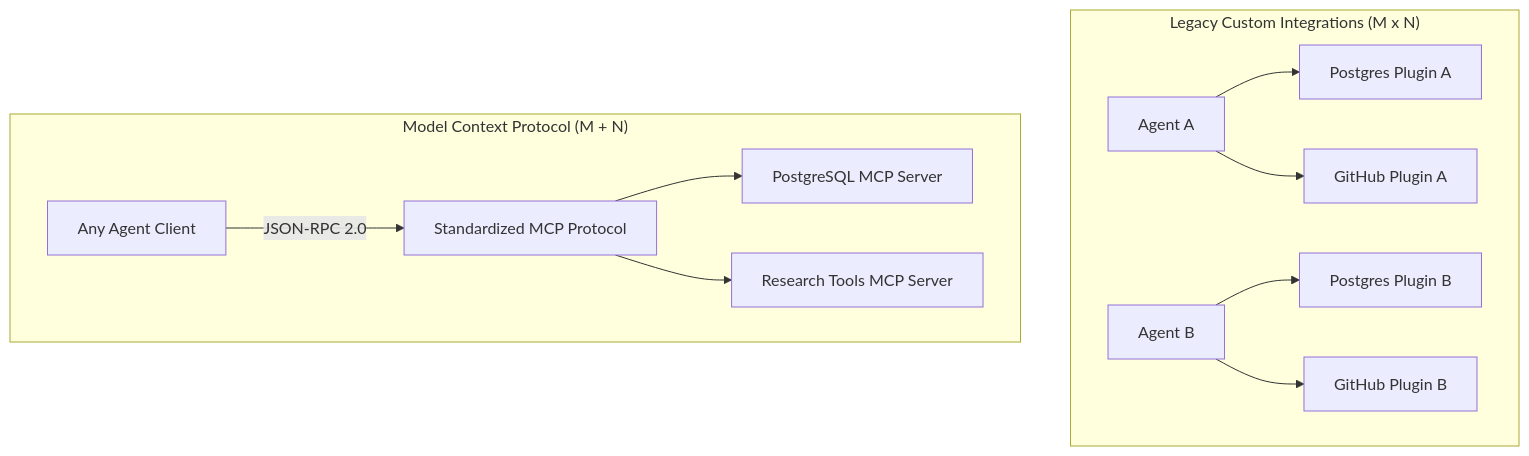
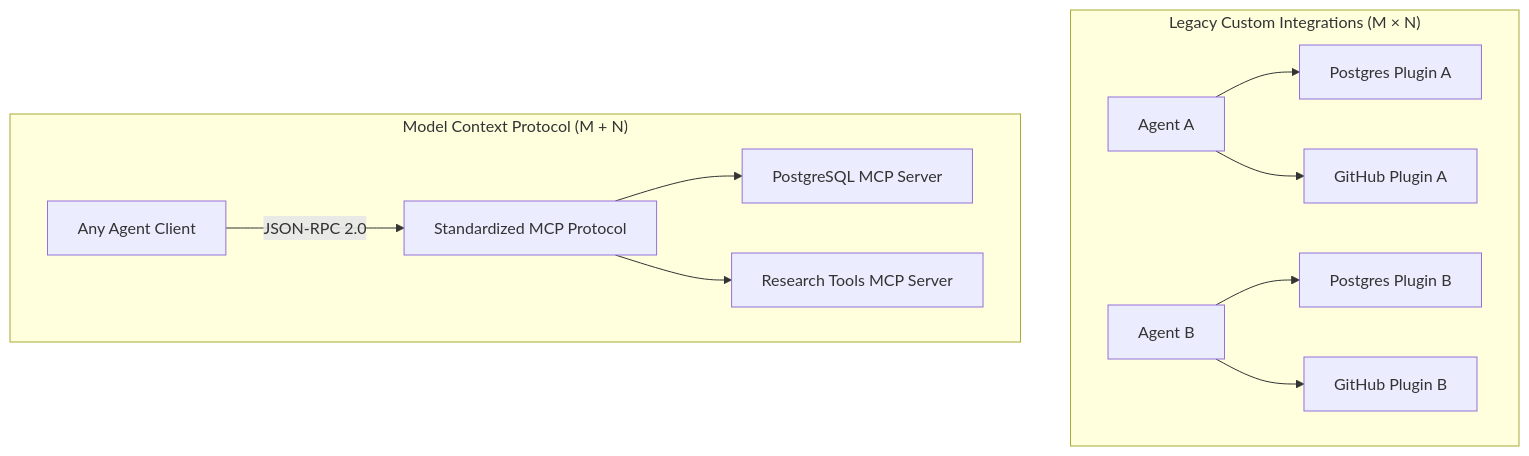
One commit to czotterbenedek/Agentic-AI-hands-on-lab changed the first of 2 diagrams in docs/02-mcp.md. Above: the diagram before and after it, drawn with Mermaid. The commit also changed other lines of this file and 4 other files, not shown here.

````diff
--- a/docs/02-mcp.md
+++ b/docs/02-mcp.md
@@ -12,15 +12,15 @@
 ```mermaid
 graph TD
-    subgraph Fragmented["Legacy Custom Integrations (M x N)"]
+    subgraph Fragmented["Legacy Custom Integrations (M × N)"]
         A1[Agent A] --> D1[Postgres Plugin A]
         A1 --> D2[GitHub Plugin A]
         A2[Agent B] --> D3[Postgres Plugin B]
         A2 --> D4[GitHub Plugin B]
     end
 
     subgraph Standardized["Model Context Protocol (M + N)"]
         B1[Any Agent Client] -->|JSON-RPC 2.0| MCP[Standardized MCP Protocol]
         MCP --> S1[PostgreSQL MCP Server]
         MCP --> S2[Research Tools MCP Server]
     end
 ```
````
